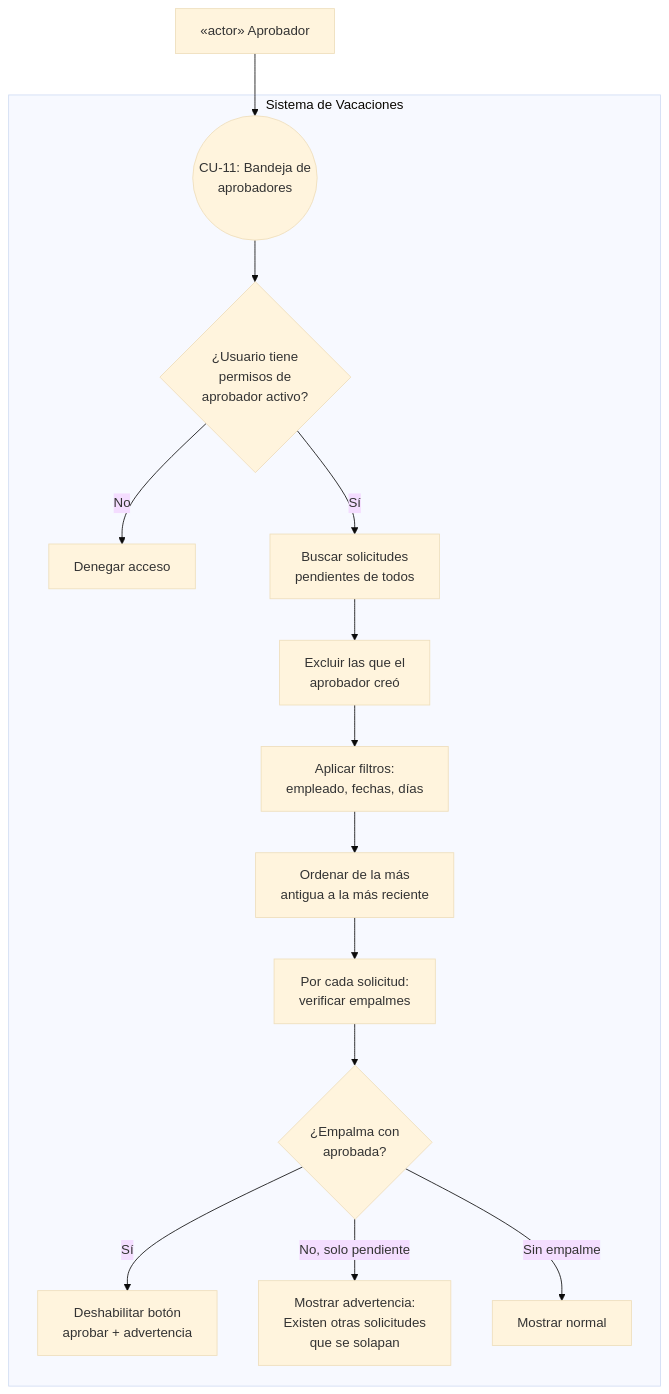
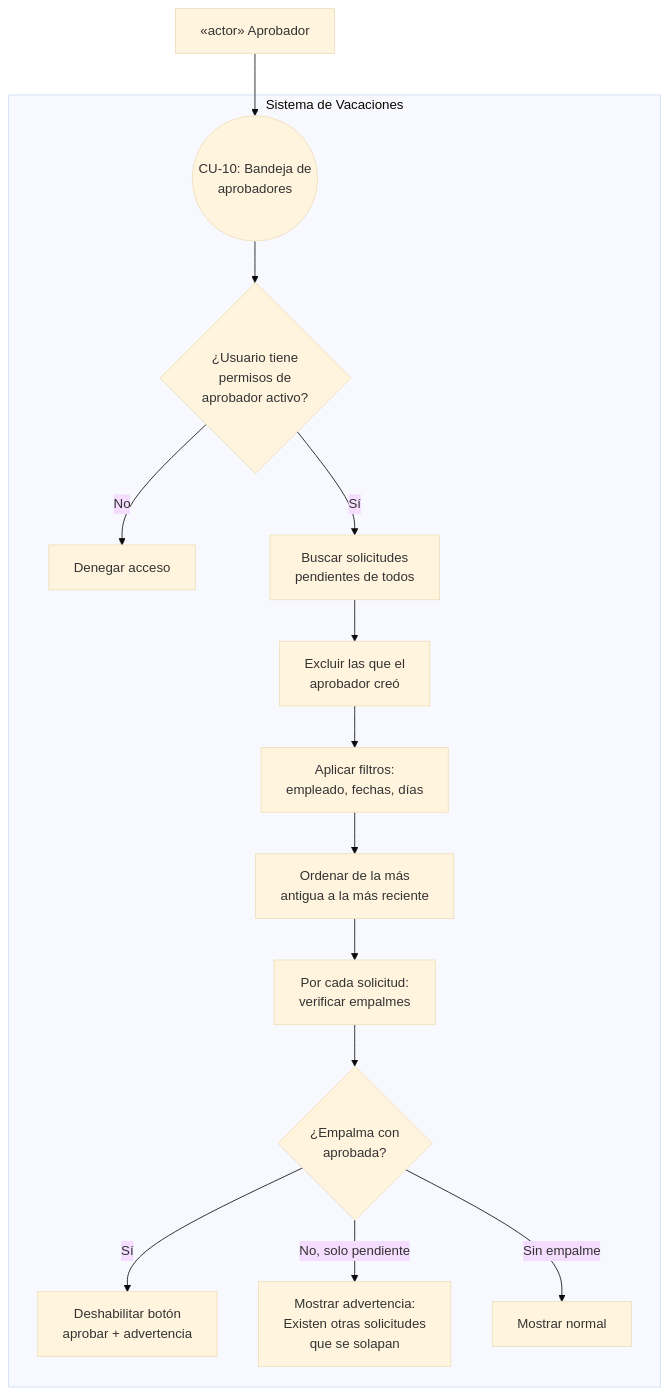
The tenth of 19 diagrams in docs/use-case-diagrams.md (Oscar26-zs/Solicitud_de_Vacaciones), drawn with Mermaid (base theme) before and after one commit. The commit also changed other lines of this file and 1 other file, not shown here.

````diff
--- a/docs/use-case-diagrams.md
+++ b/docs/use-case-diagrams.md
@@ -278,25 +257,25 @@
 ```mermaid
 graph TB
     subgraph S["Sistema de Vacaciones"]
-        CU11(("CU-11: Bandeja de<br/>aprobadores"))
+        CU10(("CU-10: Bandeja de<br/>aprobadores"))
         V1{¿Usuario tiene<br/>permisos de<br/>aprobador activo?}
         V2[Denegar acceso]
         L1[Buscar solicitudes<br/>pendientes de todos]
         L2[Excluir las que el<br/>aprobador creó]
         L3[Aplicar filtros:<br/>empleado, fechas, días]
         L4[Ordenar de la más<br/>antigua a la más reciente]
         L5[Por cada solicitud:<br/>verificar empalmes]
         L6{¿Empalma con<br/>aprobada?}
         L7[Deshabilitar botón<br/>aprobar + advertencia]
         L8[Mostrar advertencia:<br/>Existen otras solicitudes<br/>que se solapan]
 
-        CU11 --> V1
+        CU10 --> V1
         V1 -->|No| V2
         V1 -->|Sí| L1 --> L2 --> L3 --> L4 --> L5
         L5 --> L6
         L6 -->|Sí| L7
         L6 -->|No, solo pendiente| L8
         L6 -->|Sin empalme| L9[Mostrar normal]
     end
-    Ap["«actor» Aprobador"] --> CU11
+    Ap["«actor» Aprobador"] --> CU10
 ```
````
